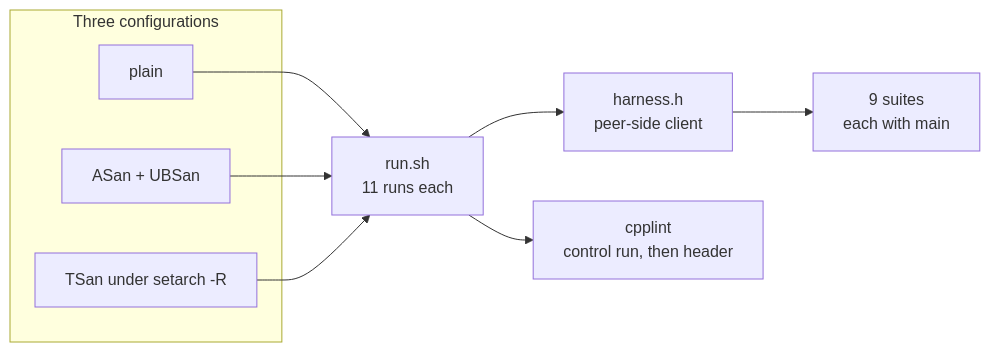
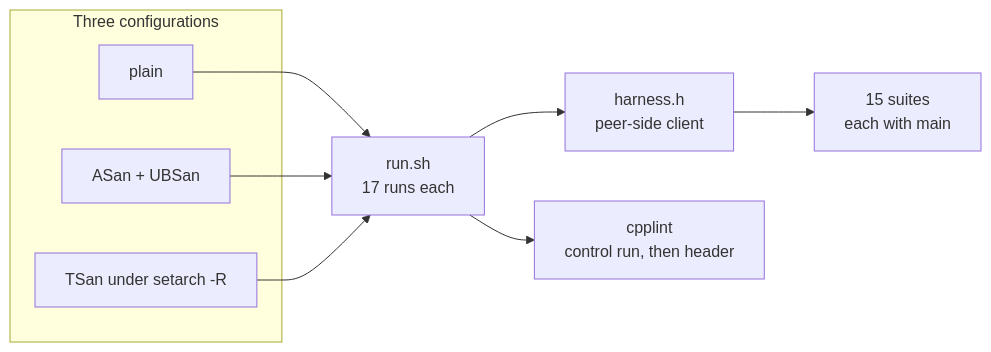
The diagram in docs/smart-docs/04-deep-dive/verification.md (king-lotus/tcp-server), drawn with Mermaid before and after one commit. The commit also changed other lines of this file and 26 other files, not shown here.

````diff
--- a/docs/smart-docs/04-deep-dive/verification.md
+++ b/docs/smart-docs/04-deep-dive/verification.md
@@ -25,14 +25,14 @@
 ```mermaid
 flowchart LR
     subgraph Configs["Three configurations"]
         P["plain"]
         A["ASan + UBSan"]
         T["TSan under setarch -R"]
     end
-    P --> R["run.sh<br/>11 runs each"]
+    P --> R["run.sh<br/>17 runs each"]
     A --> R
     T --> R
     R --> H["harness.h<br/>peer-side client"]
-    H --> S["9 suites<br/>each with main"]
+    H --> S["15 suites<br/>each with main"]
     R --> L["cpplint<br/>control run, then header"]
 ```
````
